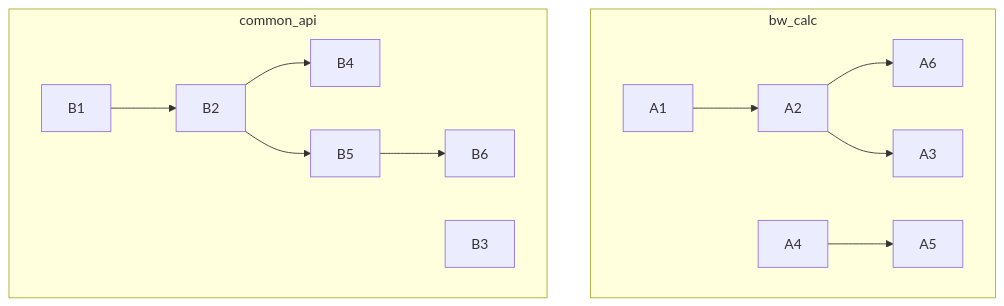
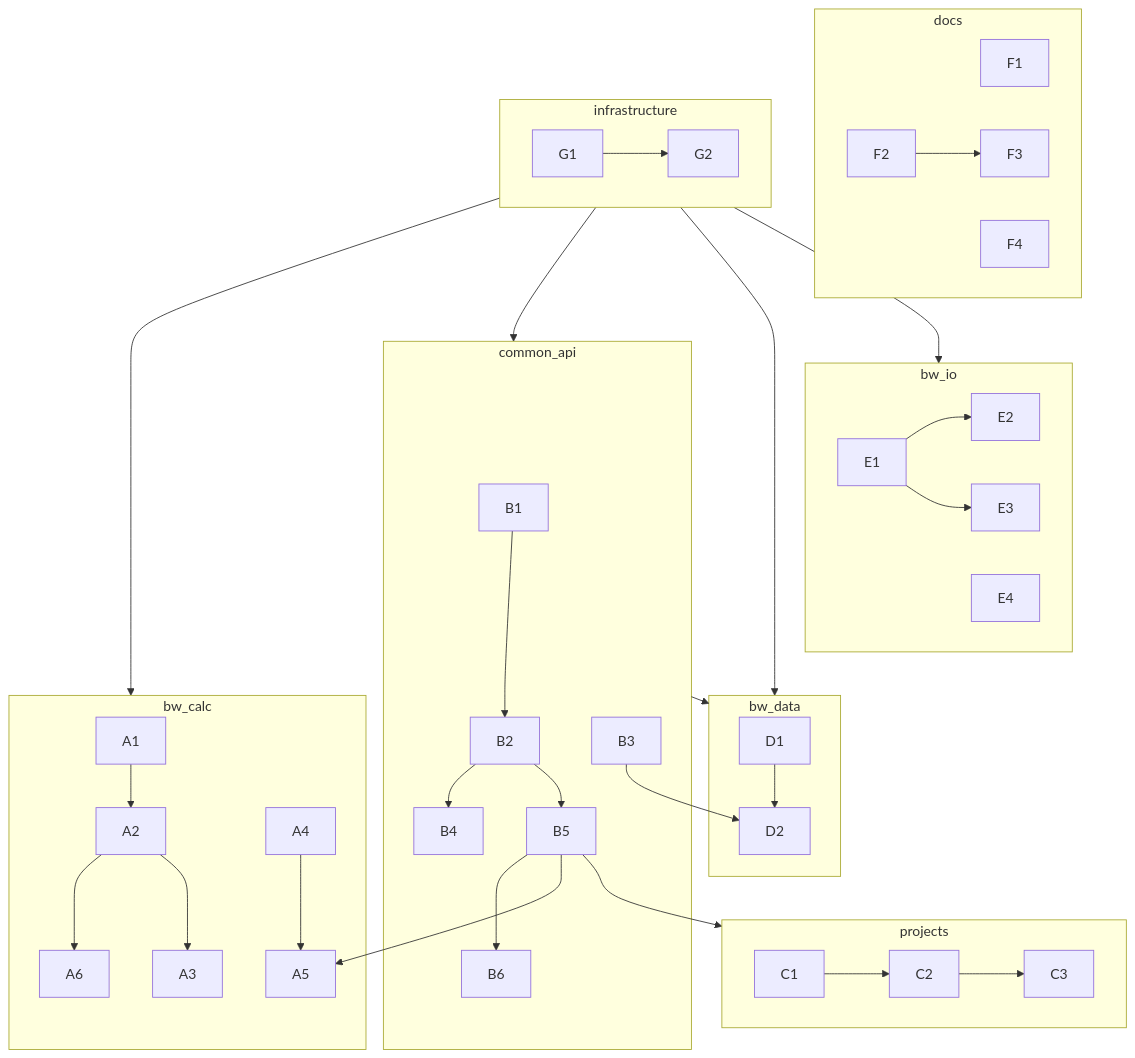
Before and after one commit to brightway-lca/enhancement-proposals: the diagram in Brightway strategic development plan.md, drawn with Mermaid. The commit also changed other lines of this file, not shown here.

Commit message:
Uodate dependency graph

````diff
--- a/Brightway strategic development plan.md
+++ b/Brightway strategic development plan.md
@@ -148,18 +148,56 @@
 ```mermaid
   graph TD;
 
   subgraph bw_calc
     A1 --> A2
     A2 --> A6
     A2 --> A3
     A4 --> A5
   end
 
   subgraph common_api
     B1 --> B2
     B2 --> B4
     B3
     B2 --> B5
     B5 --> B6
   end
+
+  B5 --> A5
+
+  subgraph projects
+    C1 --> C2
+    C2 --> C3
+  end
+
+  B5 --> projects
+
+  subgraph bw_data
+    D1 --> D2
+  end
+
+  common_api --> bw_data
+  B3 --> D2
+
+  subgraph bw_io
+    E1 --> E2
+    E1 --> E3
+    E4
+  end
+
+  subgraph docs
+    F1
+    F2 --> F3
+    F4
+  end
+
+  subgraph infrastructure
+    G1 --> G2
+  end
+
+  infrastructure --> bw_calc
+  infrastructure --> common_api
+  infrastructure --> bw_data
+  infrastructure --> bw_io
+
 ```
````
